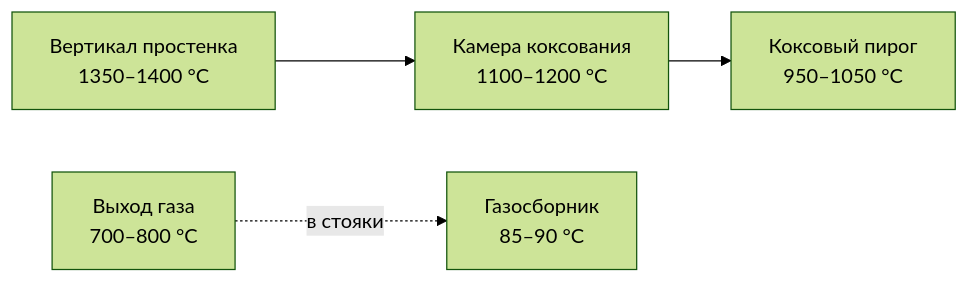
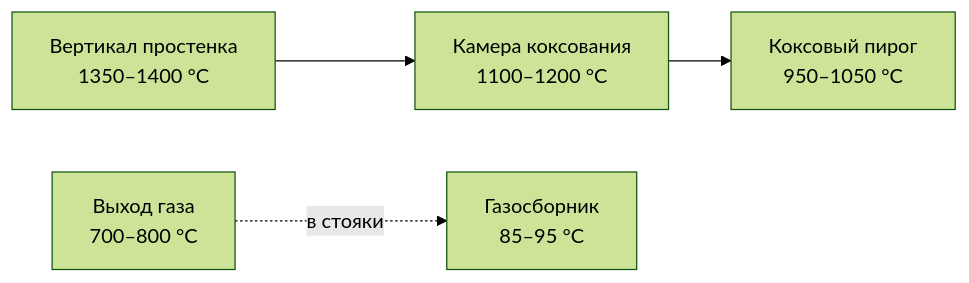
The second of 3 diagrams in docs/00-предметная-область.md (qsss-q/Production-schedule-generation-and-control-system), drawn with Mermaid (forest theme) before and after one commit. The commit also changed other lines of this file and 30 other files, not shown here.

````diff
--- a/docs/00-предметная-область.md
+++ b/docs/00-предметная-область.md
@@ -69,5 +73,5 @@
 ```mermaid
 flowchart LR
   ВЕРТ["Вертикал простенка<br/>1350–1400 °C"] --> КАМ["Камера коксования<br/>1100–1200 °C"] --> ПИР["Коксовый пирог<br/>950–1050 °C"]
-  ГАЗ["Выход газа<br/>700–800 °C"] -.->|"в стояки"| СБОР["Газосборник<br/>85–90 °C"]
+  ГАЗ["Выход газа<br/>700–800 °C"] -.->|"в стояки"| СБОР["Газосборник<br/>85–95 °C"]
 ```
````
